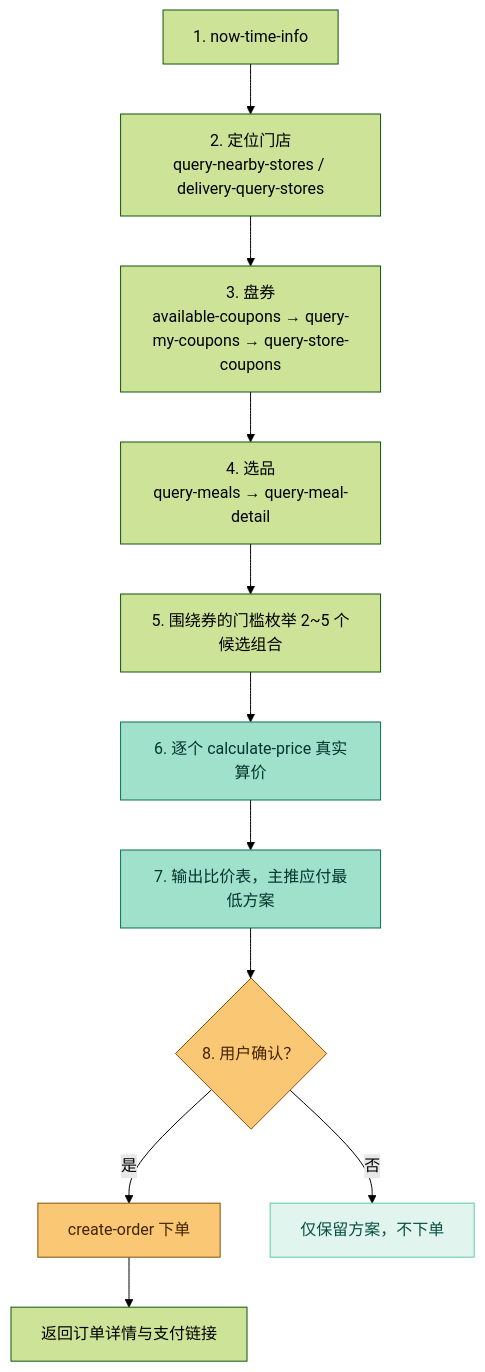
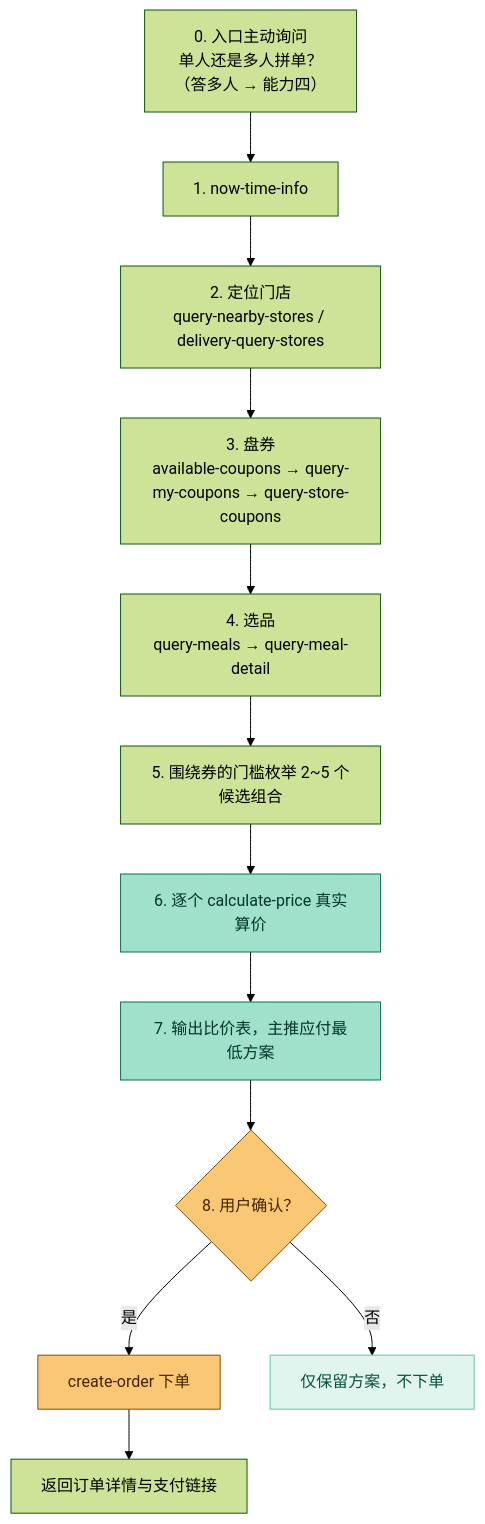
Before and after one commit to junxchan54-maker/mcd-cn-assistant: the third of 4 diagrams in MCP_INTEGRATION.md, drawn with Mermaid (forest theme). The commit also changed other lines of this file and 6 other files, not shown here.

````diff
--- a/MCP_INTEGRATION.md
+++ b/MCP_INTEGRATION.md
@@ -137,18 +145,19 @@
 ```mermaid
 flowchart TD
-    S1["1. now-time-info"] --> S2["2. 定位门店<br/>query-nearby-stores / delivery-query-stores"]
+    S0["0. 入口主动询问<br/>单人还是多人拼单？<br/>（答多人 → 能力四）"] --> S1["1. now-time-info"]
+    S1 --> S2["2. 定位门店<br/>query-nearby-stores / delivery-query-stores"]
     S2 --> S3["3. 盘券<br/>available-coupons → query-my-coupons → query-store-coupons"]
     S3 --> S4["4. 选品<br/>query-meals → query-meal-detail"]
     S4 --> S5["5. 围绕券的门槛枚举 2~5 个候选组合"]
     S5 --> S6["6. 逐个 calculate-price 真实算价"]
     S6 --> S7["7. 输出比价表，主推应付最低方案"]
     S7 --> S8{"8. 用户确认？"}
     S8 -->|是| S9["create-order 下单"]
     S8 -->|否| S10["仅保留方案，不下单"]
     S9 --> S11["返回订单详情与支付链接"]
     style S6 fill:#9FE1CB,stroke:#0F6E56,color:#04342C
     style S7 fill:#9FE1CB,stroke:#0F6E56,color:#04342C
     style S8 fill:#FAC775,stroke:#854F0B,color:#412402
     style S9 fill:#FAC775,stroke:#854F0B,color:#412402
     style S10 fill:#E1F5EE,stroke:#5DCAA5,color:#085041
 ```
````
